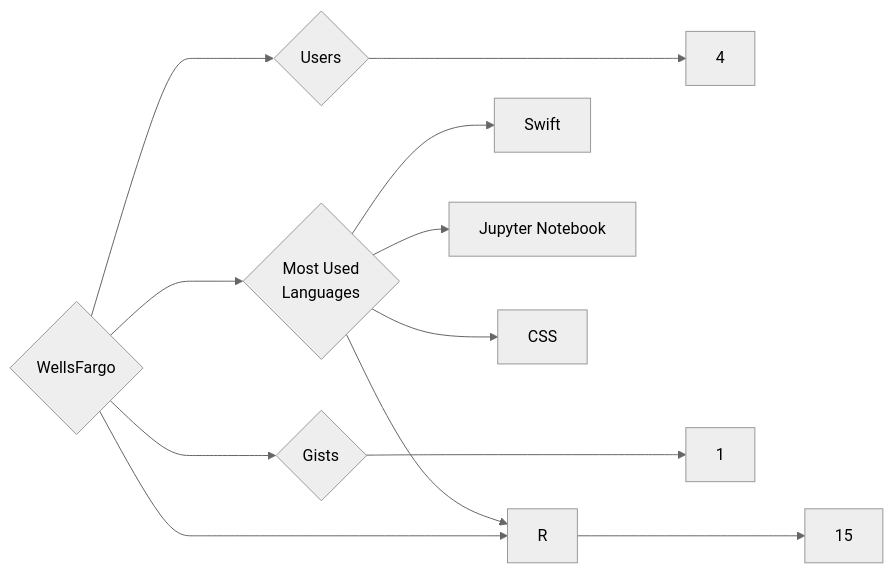
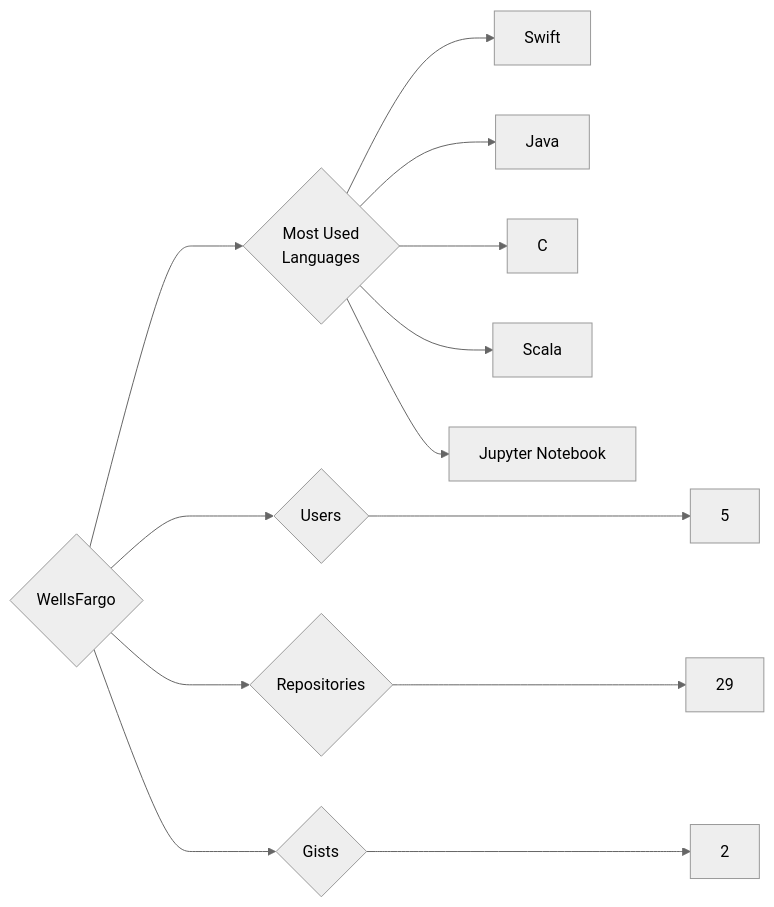
The diagram in targets/WellsFargo/README.md (trickest/insiders), drawn with Mermaid (neutral theme) before and after one commit. The commit also changed 1479 other files, not shown here.

````diff
--- a/targets/WellsFargo/README.md
+++ b/targets/WellsFargo/README.md
@@ -3,12 +3,13 @@
 ```mermaid
 graph LR
 COMPANY_NAME{WellsFargo}
-COMPANY_NAME ---> U{Users} ---> UN[4]
-COMPANY_NAME ---> R{Repositories} ---> RN[15]
-COMPANY_NAME ---> G{Gists} ---> GN[1]
+COMPANY_NAME ---> U{Users} ---> UN[5]
+COMPANY_NAME ---> R{Repositories} ---> RN[29]
+COMPANY_NAME ---> G{Gists} ---> GN[2]
 COMPANY_NAME ---> ML{Most Used<br>Languages}
 ML --> Swift[Swift]
+ML --> Java[Java]
+ML --> C[C]
+ML --> Scala[Scala]
 ML --> Jupyter_Notebook[Jupyter Notebook]
-ML --> R[R]
-ML --> CSS[CSS]
 ```
````
